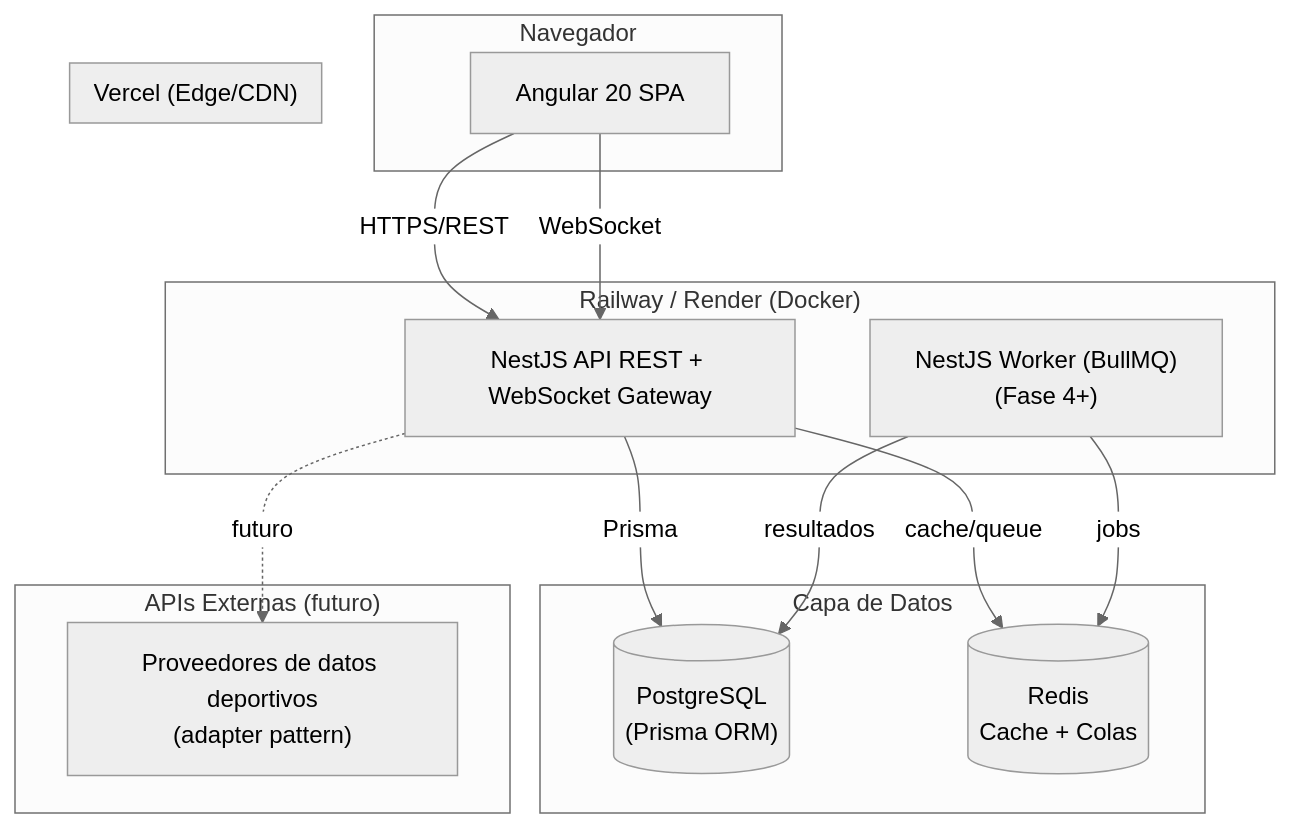
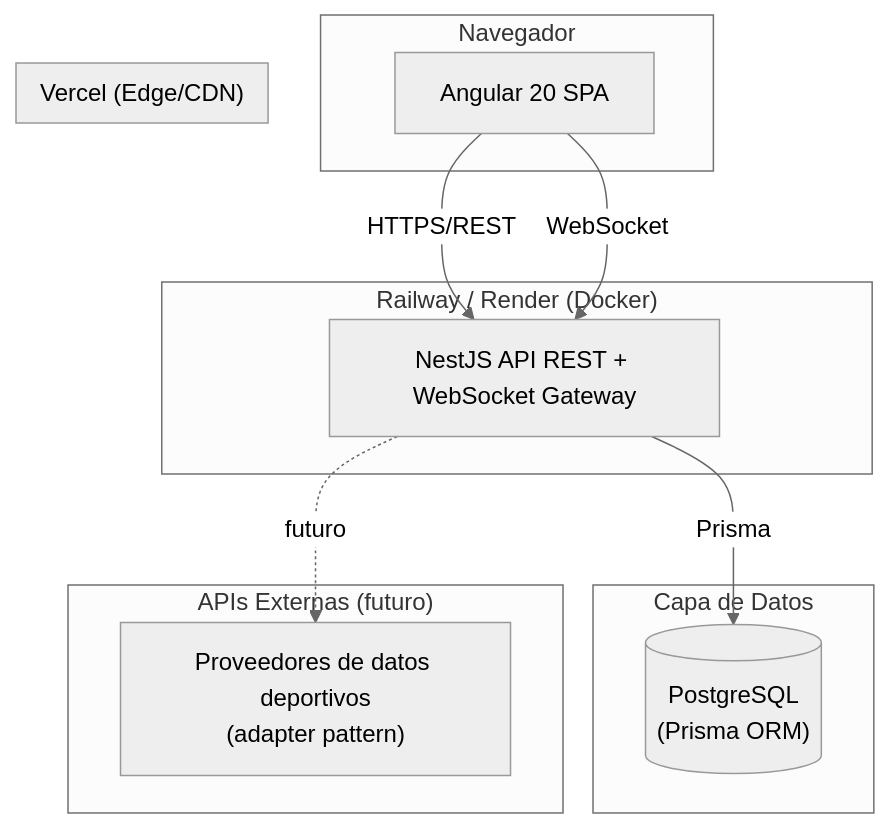
The diagram in docs/ARCHITECTURE.md (PaulRrH/football-analytics-platform), drawn with Mermaid (neutral theme) before and after one commit. The commit also changed other lines of this file and 42 other files, not shown here.

````diff
--- a/docs/ARCHITECTURE.md
+++ b/docs/ARCHITECTURE.md
@@ -5,32 +5,27 @@
 ```mermaid
 flowchart TB
     subgraph Client["Navegador"]
         SPA["Angular 20 SPA"]
     end
 
     subgraph Vercel["Vercel (Edge/CDN)"]
         SPA
     end
 
     subgraph Backend["Railway / Render (Docker)"]
         API["NestJS API REST + WebSocket Gateway"]
-        WORKER["NestJS Worker (BullMQ)\n(Fase 4+)"]
     end
 
     subgraph Data["Capa de Datos"]
         PG[("PostgreSQL\n(Prisma ORM)")]
-        REDIS[("Redis\nCache + Colas")]
     end
 
     subgraph External["APIs Externas (futuro)"]
         EXT["Proveedores de datos deportivos\n(adapter pattern)"]
     end
 
     SPA -- HTTPS/REST --> API
     SPA -- WebSocket --> API
     API -- Prisma --> PG
-    API -- cache/queue --> REDIS
-    WORKER -- jobs --> REDIS
-    WORKER -- resultados --> PG
     API -. futuro .-> EXT
 ```
````
